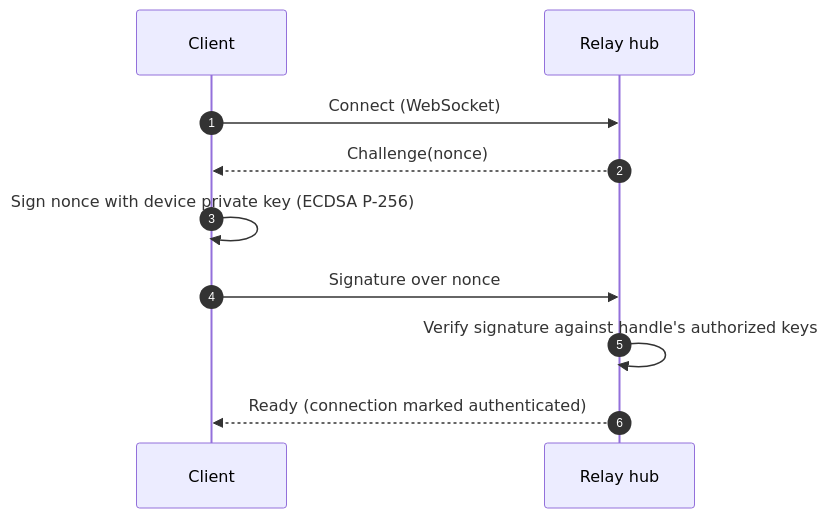
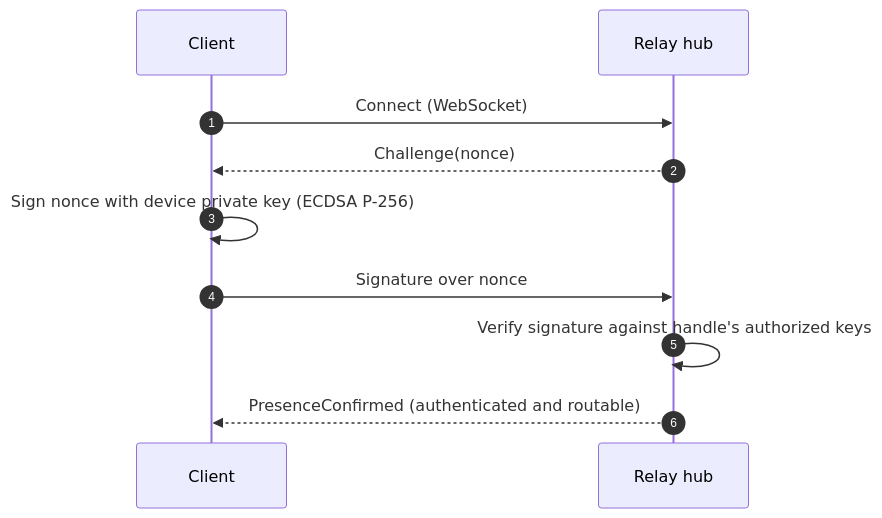
The sixth of 10 diagrams in docs/ARCHITECTURE-AND-SECURITY.md (ilyafainberg/Mesh), drawn with Mermaid before and after one commit. The commit also changed other lines of this file and 24 other files, not shown here.

````diff
--- a/docs/ARCHITECTURE-AND-SECURITY.md
+++ b/docs/ARCHITECTURE-AND-SECURITY.md
@@ -351,13 +351,13 @@
 ```mermaid
 sequenceDiagram
     autonumber
     participant C as Client
     participant R as Relay hub
 
     C->>R: Connect (WebSocket)
     R-->>C: Challenge(nonce)
     C->>C: Sign nonce with device private key (ECDSA P-256)
     C->>R: Signature over nonce
     R->>R: Verify signature against handle's authorized keys
-    R-->>C: Ready (connection marked authenticated)
+    R-->>C: PresenceConfirmed (authenticated and routable)
 ```
````
